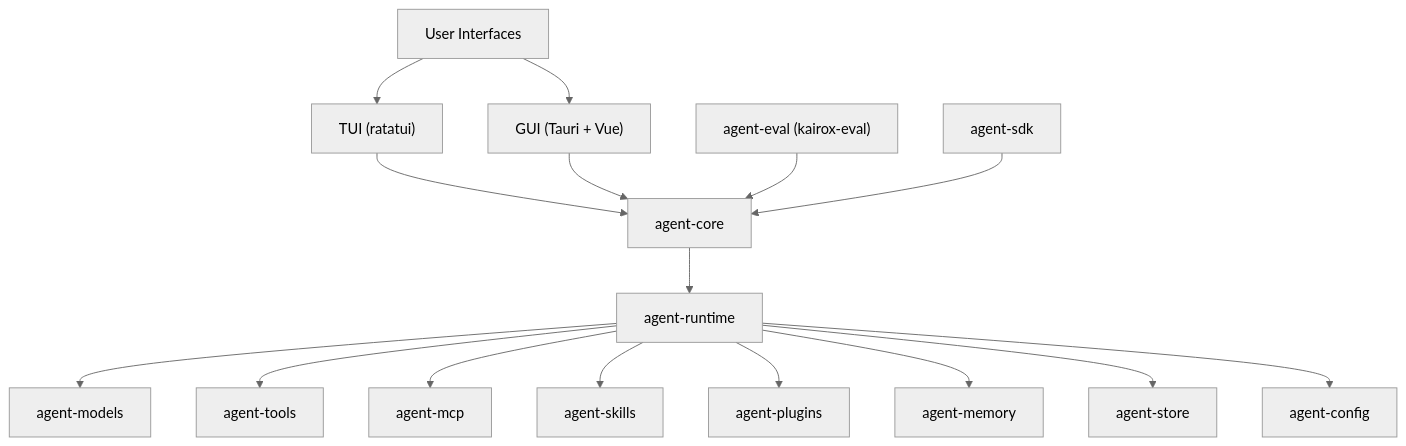
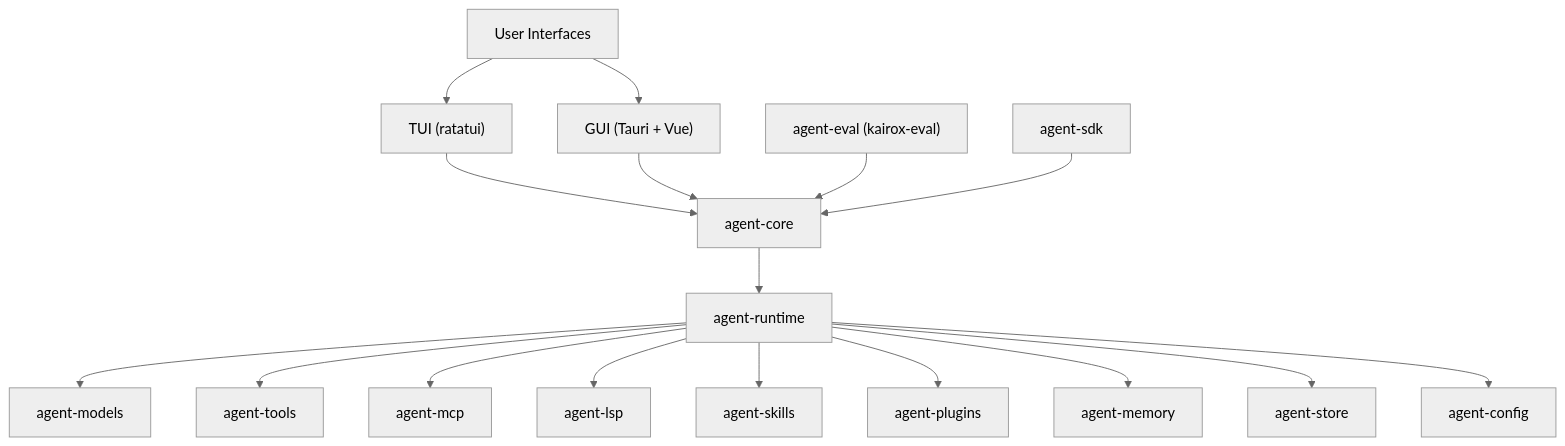
The diagram in README.md (Z-Only/kairox), drawn with Mermaid (neutral theme) before and after one commit. The commit also changed other lines of this file and 21 other files, not shown here.

````diff
--- a/README.md
+++ b/README.md
@@ -26,34 +26,36 @@
 ```mermaid
 graph TD
     UI["User Interfaces"]
     TUI["TUI (ratatui)"]
     GUI["GUI (Tauri + Vue)"]
     EVAL["agent-eval (kairox-eval)"]
     SDK["agent-sdk"]
     CORE["agent-core"]
     RUNTIME["agent-runtime"]
     MODELS["agent-models"]
     TOOLS["agent-tools"]
     MCP["agent-mcp"]
+    LSP["agent-lsp"]
     SKILLS["agent-skills"]
     PLUGINS["agent-plugins"]
     MEMORY["agent-memory"]
     STORE["agent-store"]
     CONFIG["agent-config"]
 
     UI --> TUI
     UI --> GUI
     TUI --> CORE
     GUI --> CORE
     EVAL --> CORE
     SDK --> CORE
     CORE --> RUNTIME
     RUNTIME --> MODELS
     RUNTIME --> TOOLS
     RUNTIME --> MCP
+    RUNTIME --> LSP
     RUNTIME --> SKILLS
     RUNTIME --> PLUGINS
     RUNTIME --> MEMORY
     RUNTIME --> STORE
     RUNTIME --> CONFIG
 ```
````
